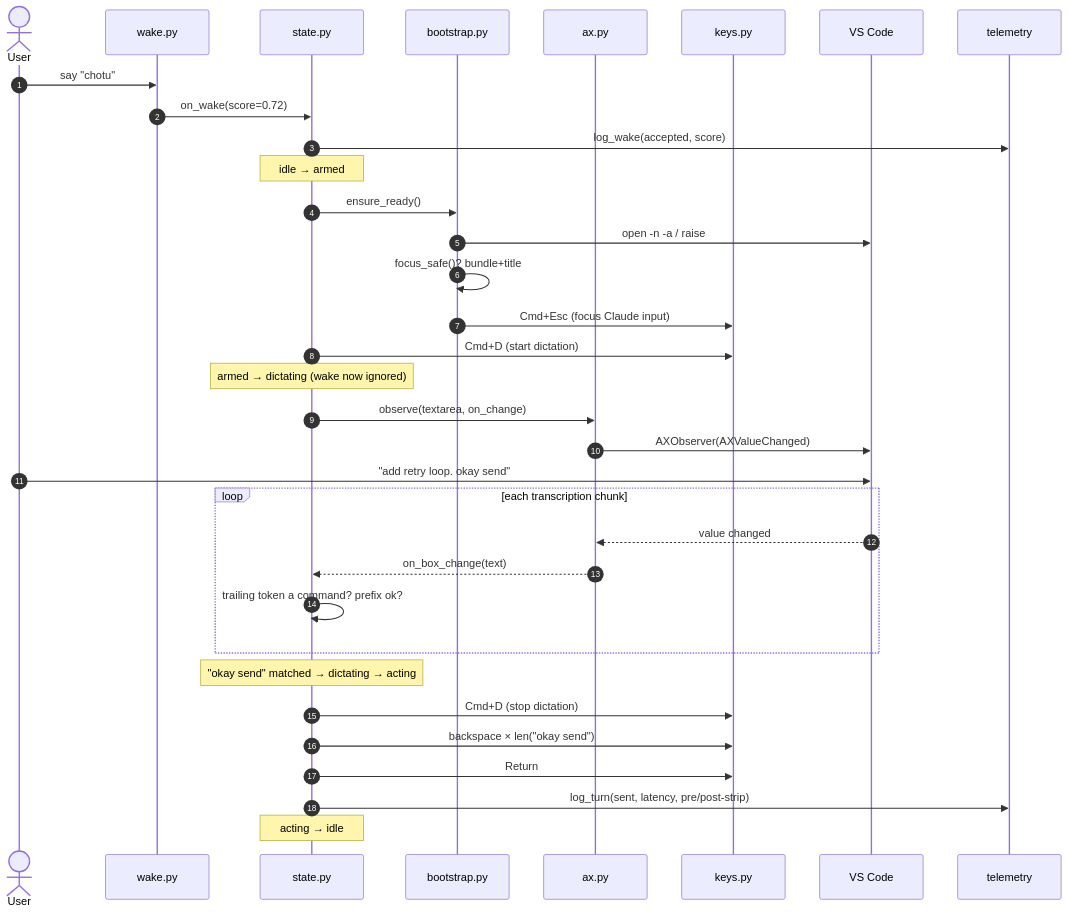
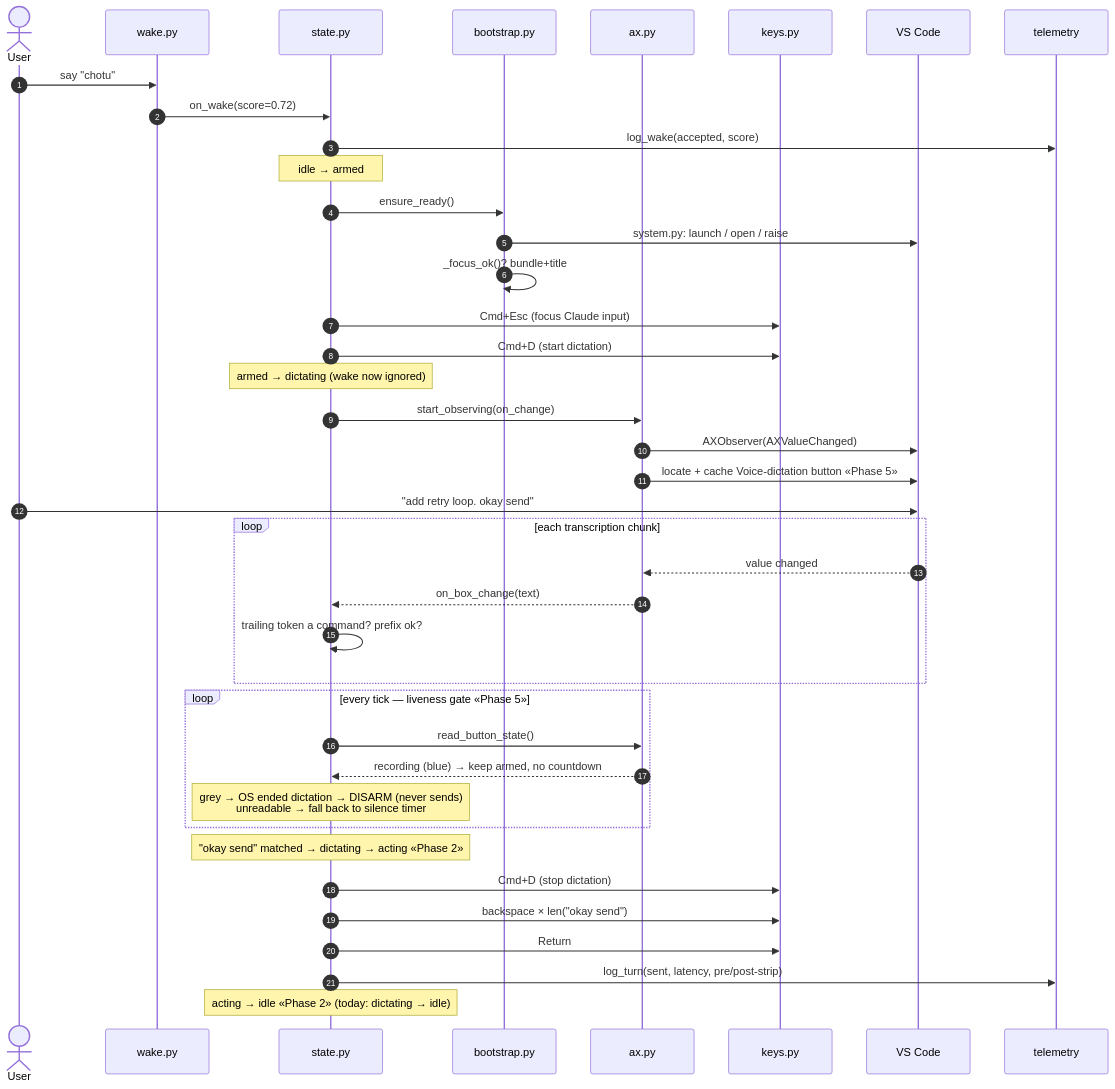
The third of 8 diagrams in docs/ARCHITECTURE.md (utkarshtrivedimdz/hey-claude), drawn with Mermaid before and after one commit. The commit also changed other lines of this file and 17 other files, not shown here.

````diff
--- a/docs/ARCHITECTURE.md
+++ b/docs/ARCHITECTURE.md
@@ -131,37 +160,43 @@
 ```mermaid
 sequenceDiagram
   autonumber
   actor U as User
   participant W as wake.py
   participant SM as state.py
   participant BS as bootstrap.py
   participant AX as ax.py
   participant K as keys.py
   participant VS as VS Code
   participant T as telemetry
 
   U->>W: say "chotu"
   W->>SM: on_wake(score=0.72)
   SM->>T: log_wake(accepted, score)
   Note over SM: idle → armed
   SM->>BS: ensure_ready()
-  BS->>VS: open -n -a / raise
-  BS->>BS: focus_safe()? bundle+title
-  BS->>K: Cmd+Esc (focus Claude input)
+  BS->>VS: system.py: launch / open / raise
+  BS->>BS: _focus_ok()? bundle+title
+  SM->>K: Cmd+Esc (focus Claude input)
   SM->>K: Cmd+D (start dictation)
   Note over SM: armed → dictating (wake now ignored)
-  SM->>AX: observe(textarea, on_change)
+  SM->>AX: start_observing(on_change)
   AX->>VS: AXObserver(AXValueChanged)
+  AX->>VS: locate + cache Voice-dictation button «Phase 5»
   U->>VS: "add retry loop. okay send"
   loop each transcription chunk
     VS-->>AX: value changed
     AX-->>SM: on_box_change(text)
     SM->>SM: trailing token a command? prefix ok?
   end
-  Note over SM: "okay send" matched → dictating → acting
+  loop every tick — liveness gate «Phase 5»
+    SM->>AX: read_button_state()
+    AX-->>SM: recording (blue) → keep armed, no countdown
+    Note over SM: grey → OS ended dictation → DISARM (never sends)<br/>unreadable → fall back to silence timer
+  end
+  Note over SM: "okay send" matched → dictating → acting «Phase 2»
   SM->>K: Cmd+D (stop dictation)
   SM->>K: backspace × len("okay send")
   SM->>K: Return
   SM->>T: log_turn(sent, latency, pre/post-strip)
-  Note over SM: acting → idle
+  Note over SM: acting → idle «Phase 2» (today: dictating → idle)
 ```
````
